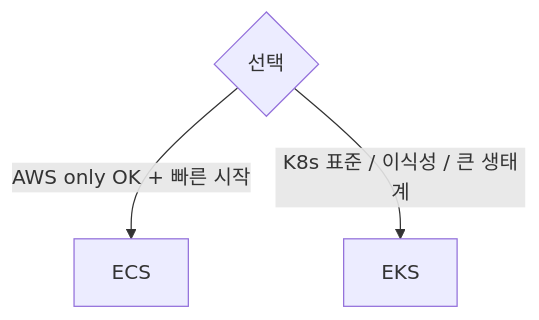
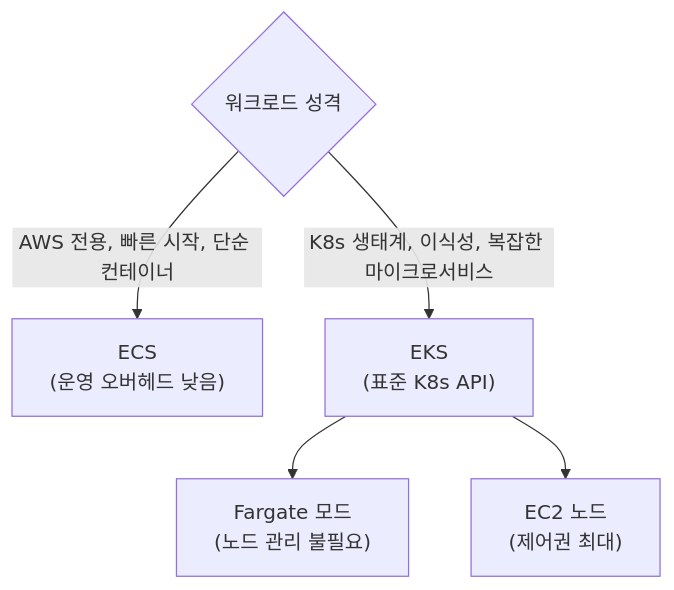
The third of 4 diagrams in src/content/wiki/cloud/aws-eks.mdx (shinkeonkim/shinkeonkim.github.io), drawn with Mermaid before and after one commit. The commit also changed other lines of this file and 526 other files, not shown here.

First line of the commit message:
content(wiki): 전수조사 및 대규모 보강 (짧은 파일 0, mermaid +645)

````diff
--- a/src/content/wiki/cloud/aws-eks.mdx
+++ b/src/content/wiki/cloud/aws-eks.mdx
@@ -102,6 +157,8 @@
 ```mermaid
 flowchart TD
-    Q{선택}
-    Q -->|AWS only OK + 빠른 시작| ECS[ECS]
-    Q -->|K8s 표준 / 이식성 / 큰 생태계| EKS[EKS]
+    Q{"워크로드 성격"}
+    Q -->|"AWS 전용, 빠른 시작, 단순 컨테이너"| ECS["ECS\n(운영 오버헤드 낮음)"]
+    Q -->|"K8s 생태계, 이식성, 복잡한 마이크로서비스"| EKS["EKS\n(표준 K8s API)"]
+    EKS --> Fargate["Fargate 모드\n(노드 관리 불필요)"]
+    EKS --> EC2["EC2 노드\n(제어권 최대)"]
 ```
````
